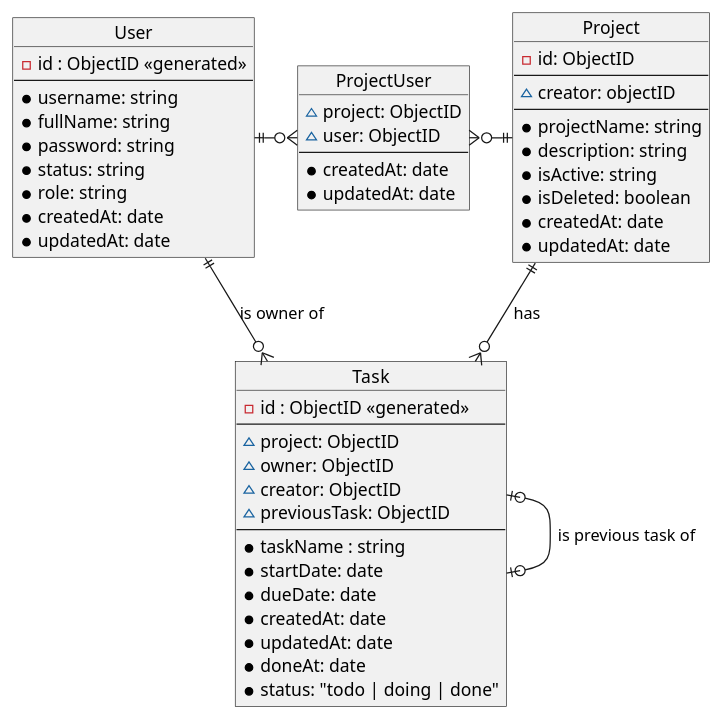
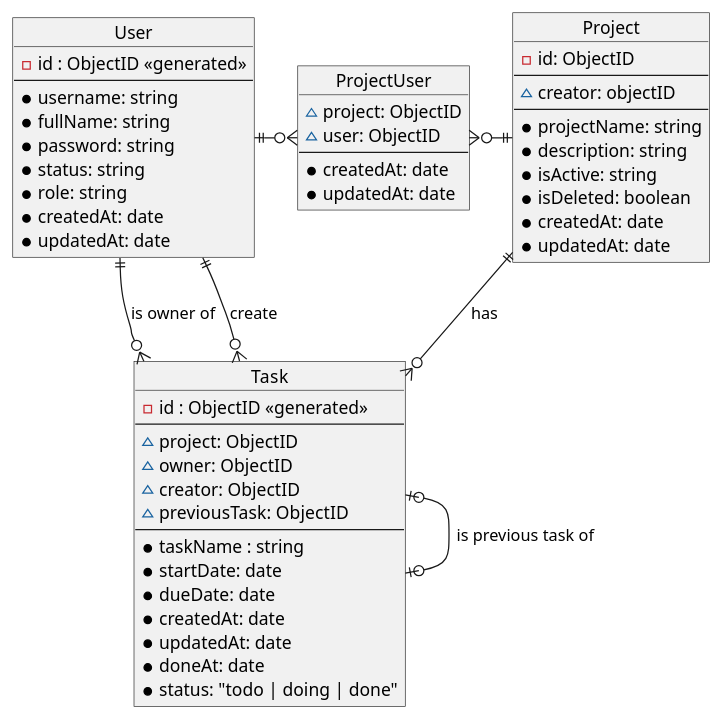
The diagram in docs/ERD.plantuml (felixnguyen678/project-todo-app-lb4), drawn with PlantUML before and after one commit. The commit also changed 10 other files, not shown here.

```diff
--- a/docs/ERD.plantuml
+++ b/docs/ERD.plantuml
@@ -1,58 +1,59 @@
 @startuml ERD
 
 object Task {
   -id : ObjectID <<generated>>
   --
   ~project: ObjectID
   ~owner: ObjectID
   ~creator: ObjectID
   ~previousTask: ObjectID
   --
   *taskName : string
   *startDate: date
   *dueDate: date
   *createdAt: date
   *updatedAt: date
   *doneAt: date
   *status: "todo | doing | done"
 }
 
 object Project {
   -id: ObjectID
   --
   ~creator: objectID
   --
   *projectName: string
   *description: string
   *isActive: string
   *isDeleted: boolean
   *createdAt: date
   *updatedAt: date
 }
 
 object User {
   -id : ObjectID <<generated>>
   --
   *username: string
   *fullName: string
   *password: string
   *status: string
   *role: string
   *createdAt: date
   *updatedAt: date
 }
 object ProjectUser {
   ~project: ObjectID
   ~user: ObjectID
   --
   *createdAt: date
   *updatedAt: date
 }
 
 User ||-right-o{ ProjectUser
 ProjectUser }o-right-|| Project
 Project||--o{ Task: has
 User ||-down-o{ Task: is owner of
+User ||-down-o{ Task: create
 Task |o--o| Task: is previous task of
 
 @enduml
```
